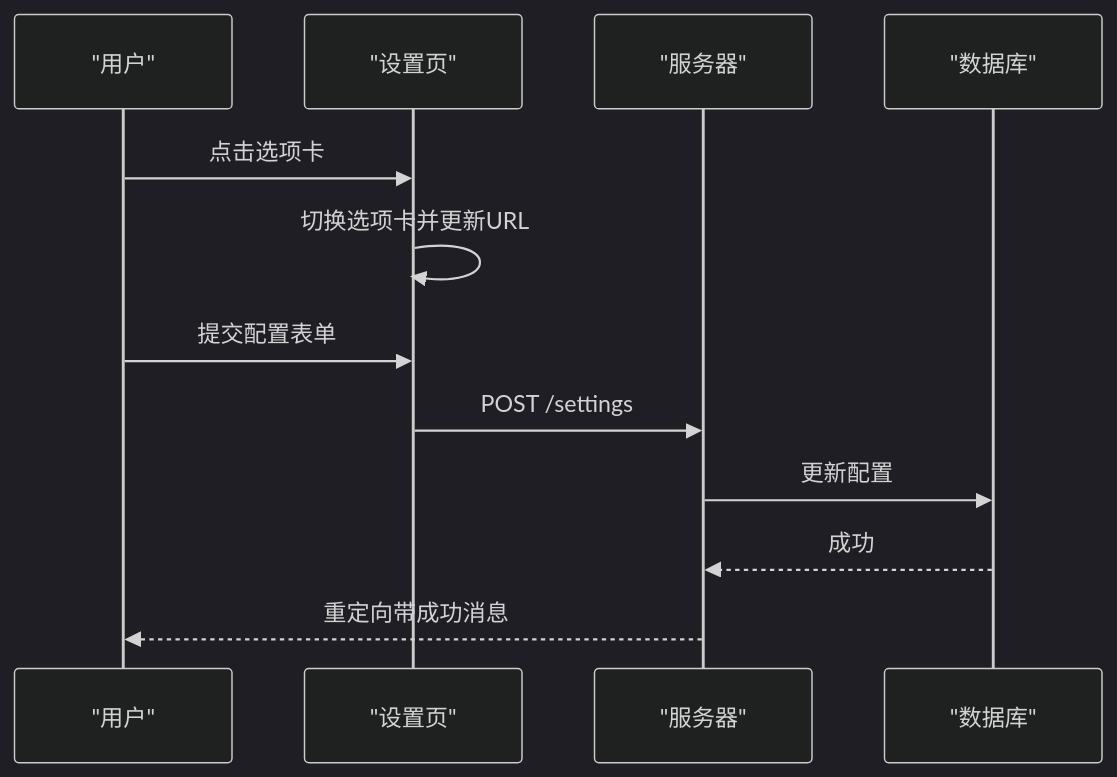
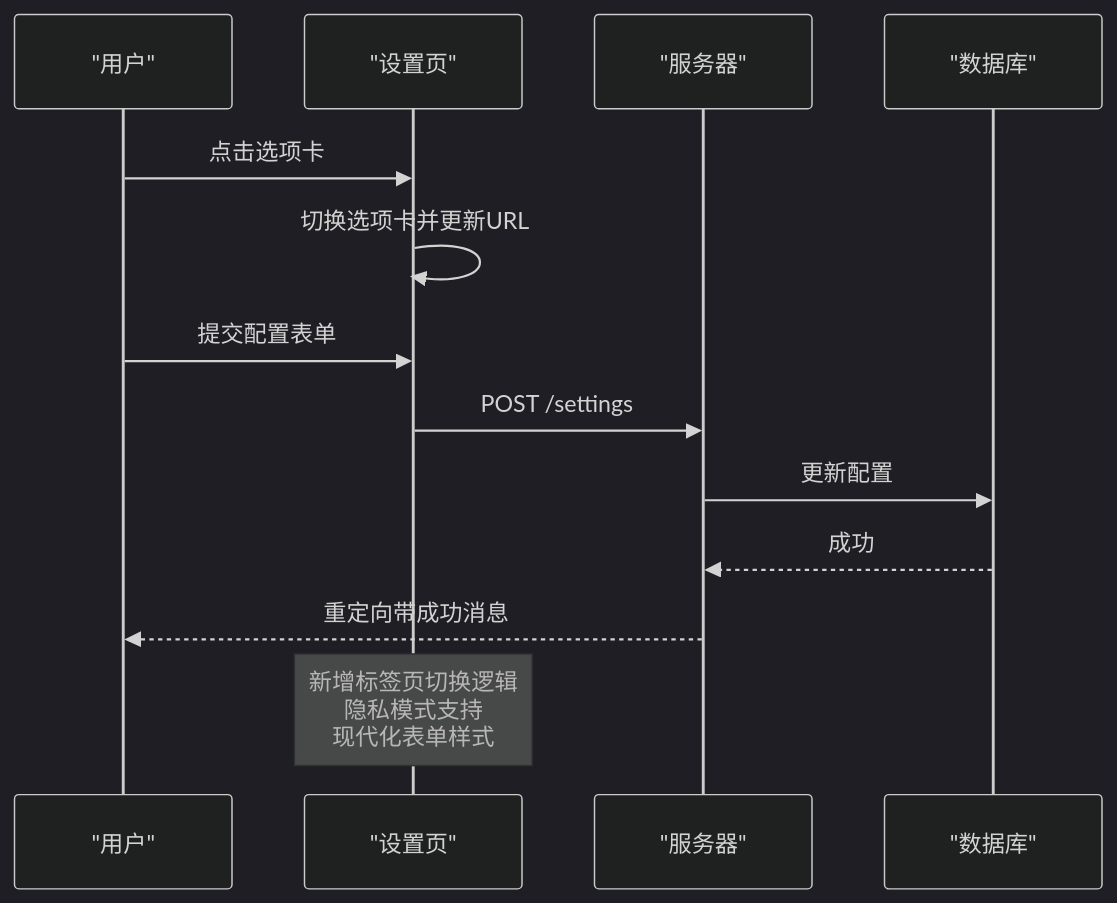
Before and after one commit to macrohuang/invest-log: the sixth of 7 diagrams in .qoder/repowiki/zh/content/前端模板系统/前端模板系统.md, drawn with Mermaid (dark theme). The commit also changed other lines of this file and 11 other files, not shown here.

````diff
--- a/.qoder/repowiki/zh/content/前端模板系统/前端模板系统.md
+++ b/.qoder/repowiki/zh/content/前端模板系统/前端模板系统.md
@@ -262,14 +299,15 @@
 ```mermaid
 sequenceDiagram
 participant U as "用户"
 participant P as "设置页"
 participant S as "服务器"
 participant DB as "数据库"
 U->>P : 点击选项卡
 P->>P : 切换选项卡并更新URL
 U->>P : 提交配置表单
 P->>S : POST /settings
 S->>DB : 更新配置
 DB-->>S : 成功
 S-->>U : 重定向带成功消息
+Note over P : 新增标签页切换逻辑<br/>隐私模式支持<br/>现代化表单样式
 ```
````
